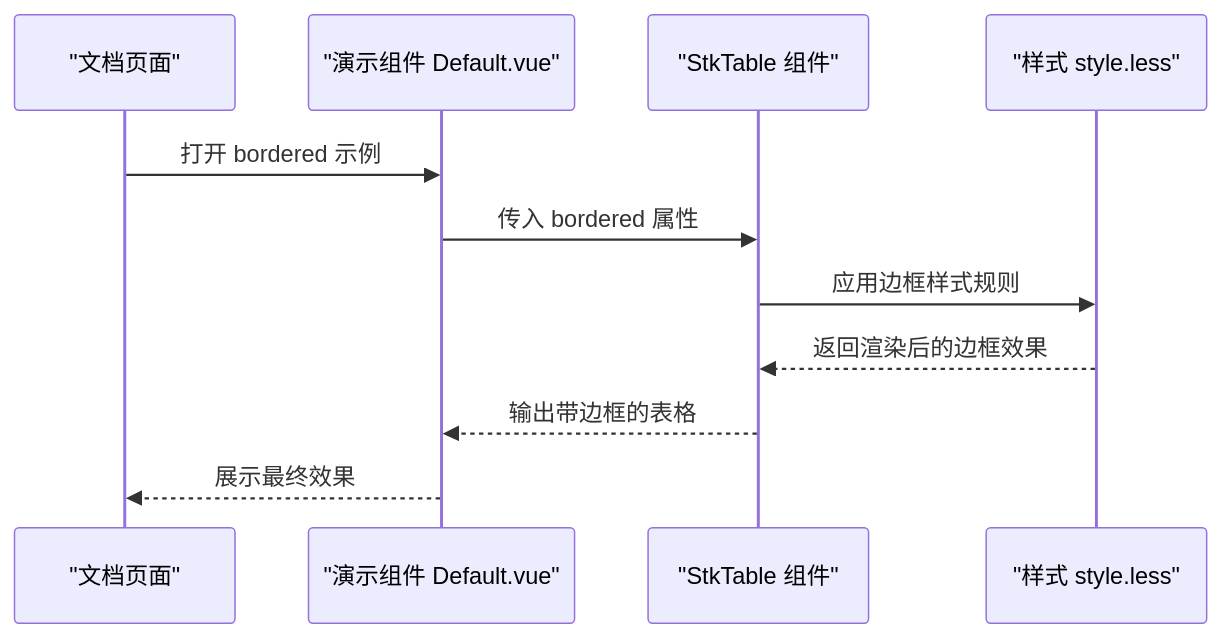
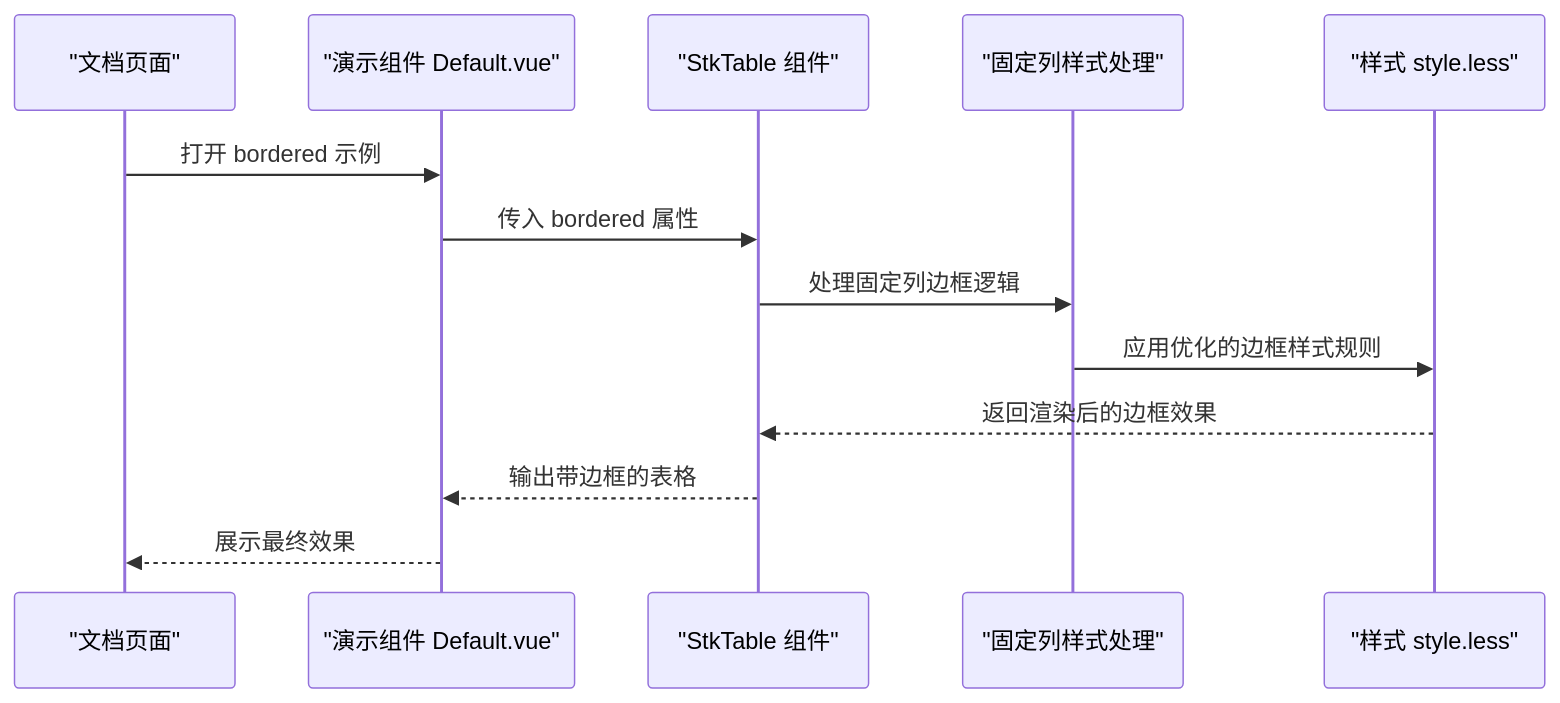
Before and after one commit to ja-plus/stk-table-vue: the second of 3 diagrams in .qoder/repowiki/zh/content/基础功能/边框样式.md, drawn with Mermaid. The commit also changed other lines of this file and 47 other files, not shown here.

````diff
--- a/.qoder/repowiki/zh/content/基础功能/边框样式.md
+++ b/.qoder/repowiki/zh/content/基础功能/边框样式.md
@@ -69,13 +85,15 @@
 ```mermaid
 sequenceDiagram
 participant Doc as "文档页面"
 participant Demo as "演示组件 Default.vue"
 participant Table as "StkTable 组件"
+participant FixedStyle as "固定列样式处理"
 participant Style as "样式 style.less"
 Doc->>Demo : 打开 bordered 示例
 Demo->>Table : 传入 bordered 属性
-Table->>Style : 应用边框样式规则
+Table->>FixedStyle : 处理固定列边框逻辑
+FixedStyle->>Style : 应用优化的边框样式规则
 Style-->>Table : 返回渲染后的边框效果
 Table-->>Demo : 输出带边框的表格
 Demo-->>Doc : 展示最终效果
 ```
````
